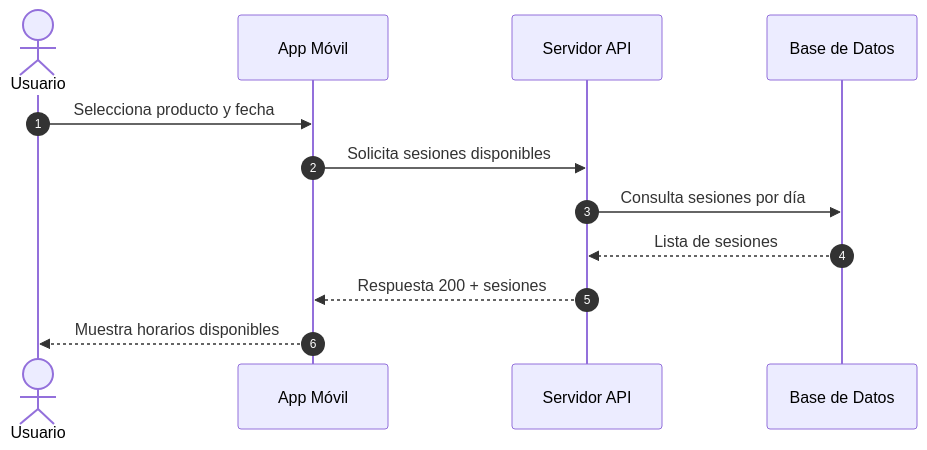
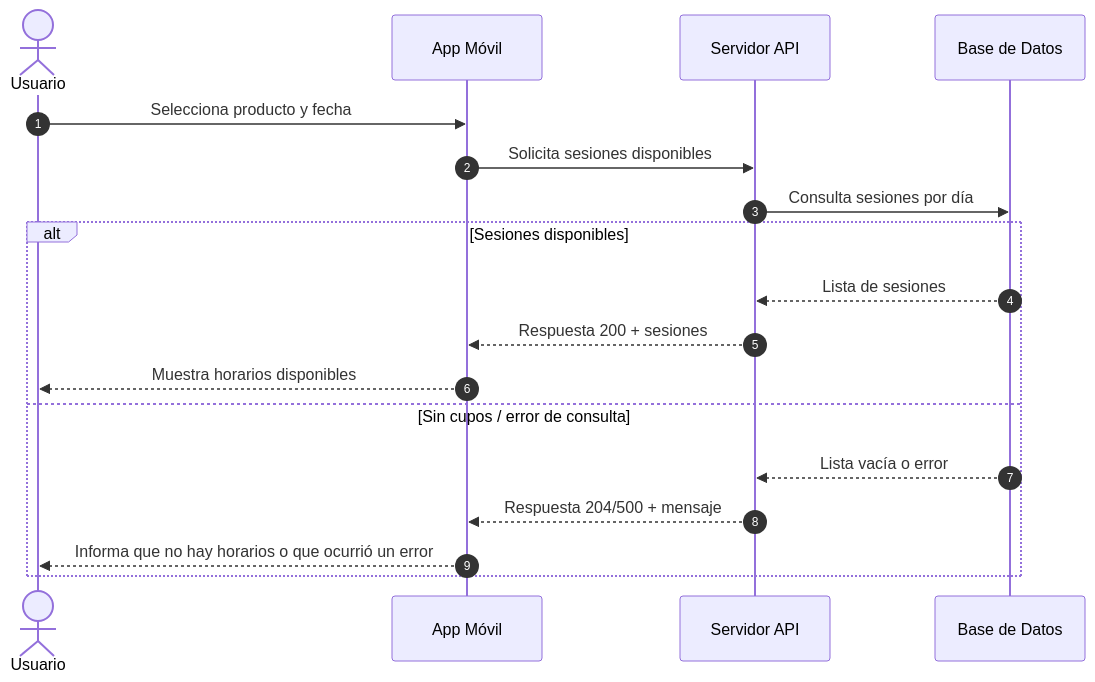
The third of 12 diagrams in docs/SEQUENCE_DIAGRAMS.md (asobrados03/HumanPerformApp), drawn with Mermaid before and after one commit. The commit also changed other lines of this file, not shown here.

Commit message:
docs: agrega unhappy paths en diagramas de secuencia

````diff
--- a/docs/SEQUENCE_DIAGRAMS.md
+++ b/docs/SEQUENCE_DIAGRAMS.md
@@ -45,15 +57,21 @@
 ```mermaid
 sequenceDiagram
     autonumber
     actor U as Usuario
     participant APP as App Móvil
     participant API as Servidor API
     participant DB as Base de Datos
 
     U->>APP: Selecciona producto y fecha
     APP->>API: Solicita sesiones disponibles
     API->>DB: Consulta sesiones por día
-    DB-->>API: Lista de sesiones
-    API-->>APP: Respuesta 200 + sesiones
-    APP-->>U: Muestra horarios disponibles
+    alt Sesiones disponibles
+        DB-->>API: Lista de sesiones
+        API-->>APP: Respuesta 200 + sesiones
+        APP-->>U: Muestra horarios disponibles
+    else Sin cupos / error de consulta
+        DB-->>API: Lista vacía o error
+        API-->>APP: Respuesta 204/500 + mensaje
+        APP-->>U: Informa que no hay horarios o que ocurrió un error
+    end
 ```
````
